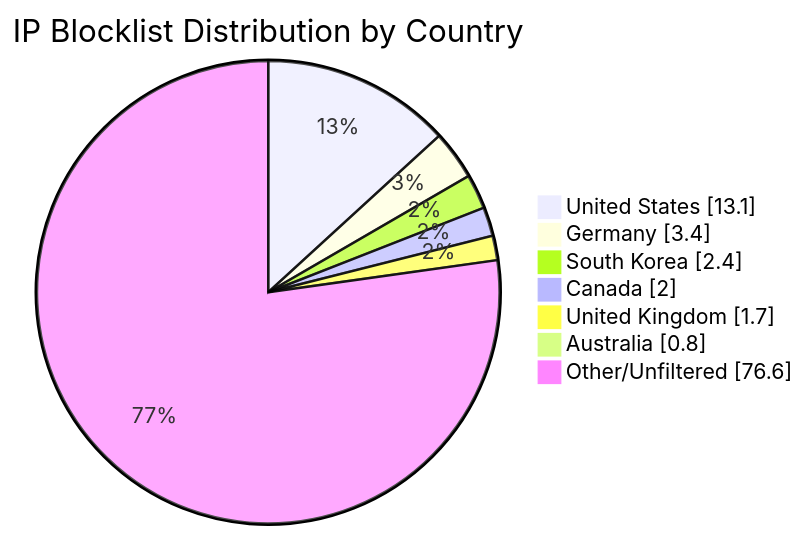
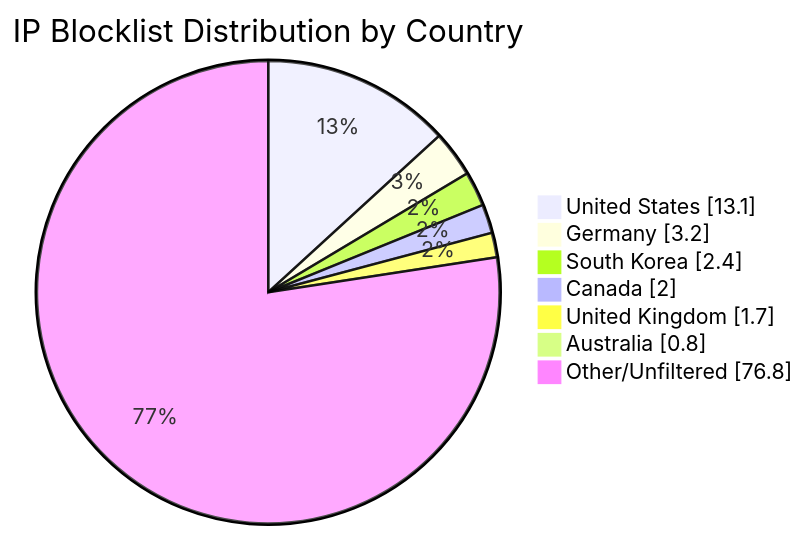
The diagram in README.md (MarcusHoltz/ipblocklist-geofiltered-aggregator), drawn with Mermaid before and after one commit. The commit also changed other lines of this file and 9 other files, not shown here.

````diff
--- a/README.md
+++ b/README.md
@@ -34,10 +34,10 @@
 ```mermaid
 pie showData title IP Blocklist Distribution by Country
 "United States" : 13.1
-"Germany" : 3.4
+"Germany" : 3.2
 "South Korea" : 2.4
 "Canada" : 2.0
 "United Kingdom" : 1.7
 "Australia" : 0.8
-"Other/Unfiltered" : 76.6
+"Other/Unfiltered" : 76.8
 ```
````
